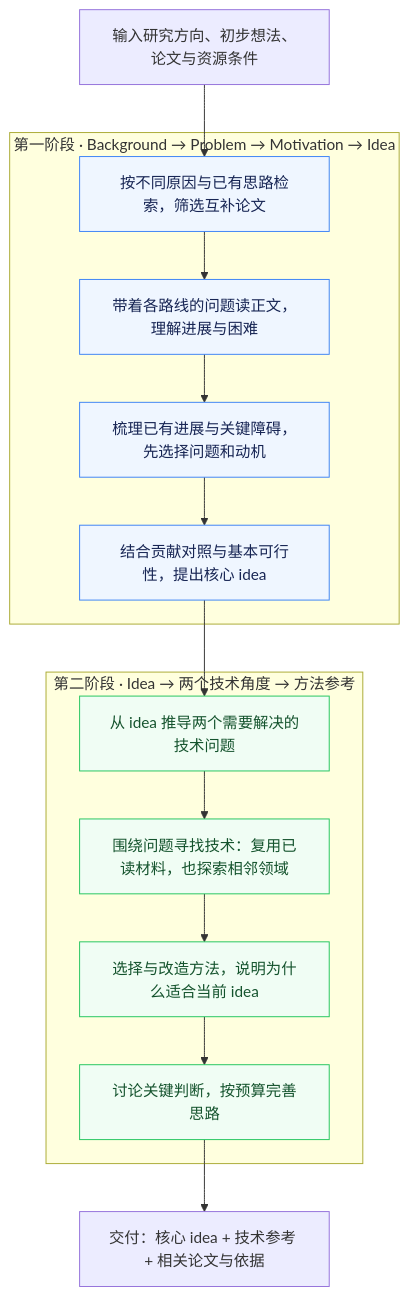
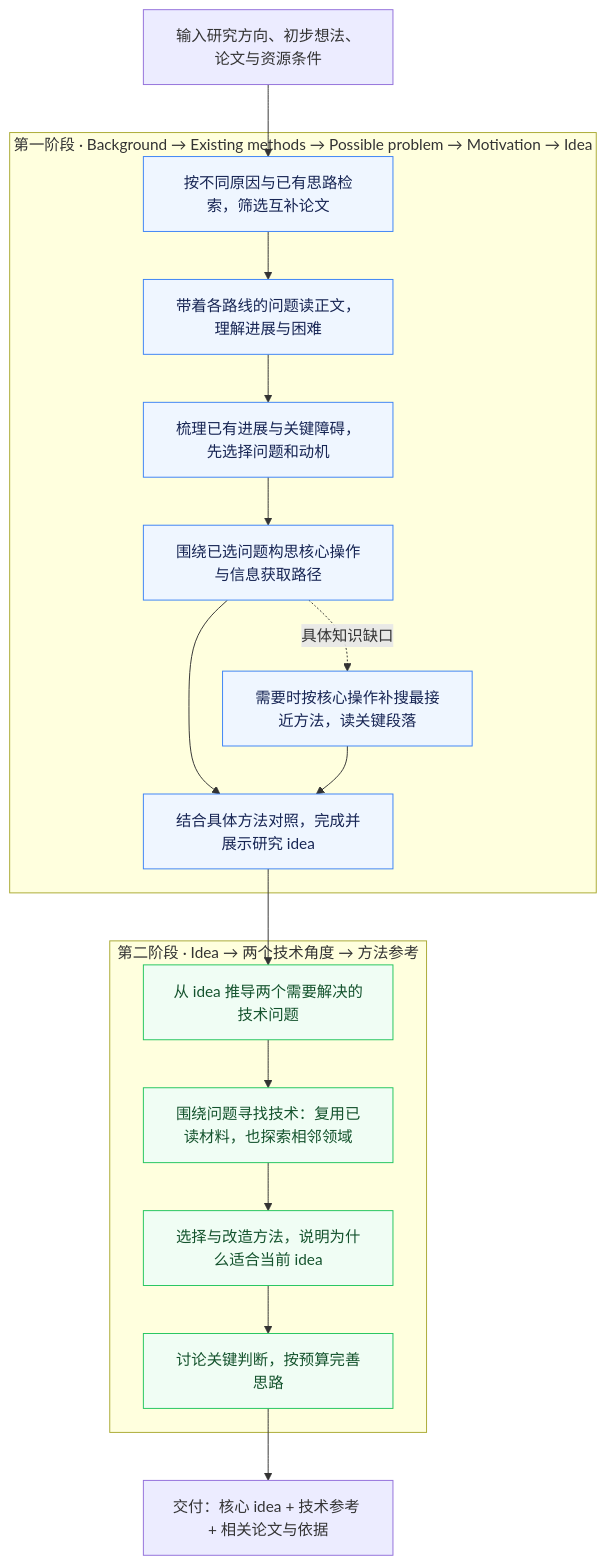
The diagram in README.md (ghh1125/Research-idea), drawn with Mermaid before and after one commit. The commit also changed other lines of this file and 19 other files, not shown here.

Commit message:
Ground idea construction in closest methods and usable information

````diff
--- a/README.md
+++ b/README.md
@@ -35,26 +37,31 @@
 ```mermaid
 flowchart TD
     U["输入研究方向、初步想法、论文与资源条件"]
-    subgraph S1["第一阶段 · Background → Problem → Motivation → Idea"]
+    subgraph S1["第一阶段 · Background → Existing methods → Possible problem → Motivation → Idea"]
         A["按不同原因与已有思路检索，筛选互补论文"]
         B["带着各路线的问题读正文，理解进展与困难"]
         C["梳理已有进展与关键障碍，先选择问题和动机"]
-        D["结合贡献对照与基本可行性，提出核心 idea"]
+        D["围绕已选问题构思核心操作与信息获取路径"]
+        N["需要时按核心操作补搜最接近方法，读关键段落"]
         A --> B --> C --> D
+        D -.具体知识缺口.-> N
+        I["结合具体方法对照，完成并展示研究 idea"]
+        D --> I
+        N --> I
     end
     subgraph S2["第二阶段 · Idea → 两个技术角度 → 方法参考"]
         E["从 idea 推导两个需要解决的技术问题"]
         F["围绕问题寻找技术：复用已读材料，也探索相邻领域"]
         G["选择与改造方法，说明为什么适合当前 idea"]
         H["讨论关键判断，按预算完善思路"]
         E --> F --> G --> H
     end
     O["交付：核心 idea + 技术参考 + 相关论文与依据"]
     U --> A
-    D --> E
+    I --> E
     H --> O
     classDef concept fill:#eff6ff,stroke:#3b82f6,color:#172554
     classDef design fill:#f0fdf4,stroke:#22c55e,color:#14532d
-    class A,B,C,D concept
+    class A,B,C,D,N,I concept
     class E,F,G,H design
 ```
````
